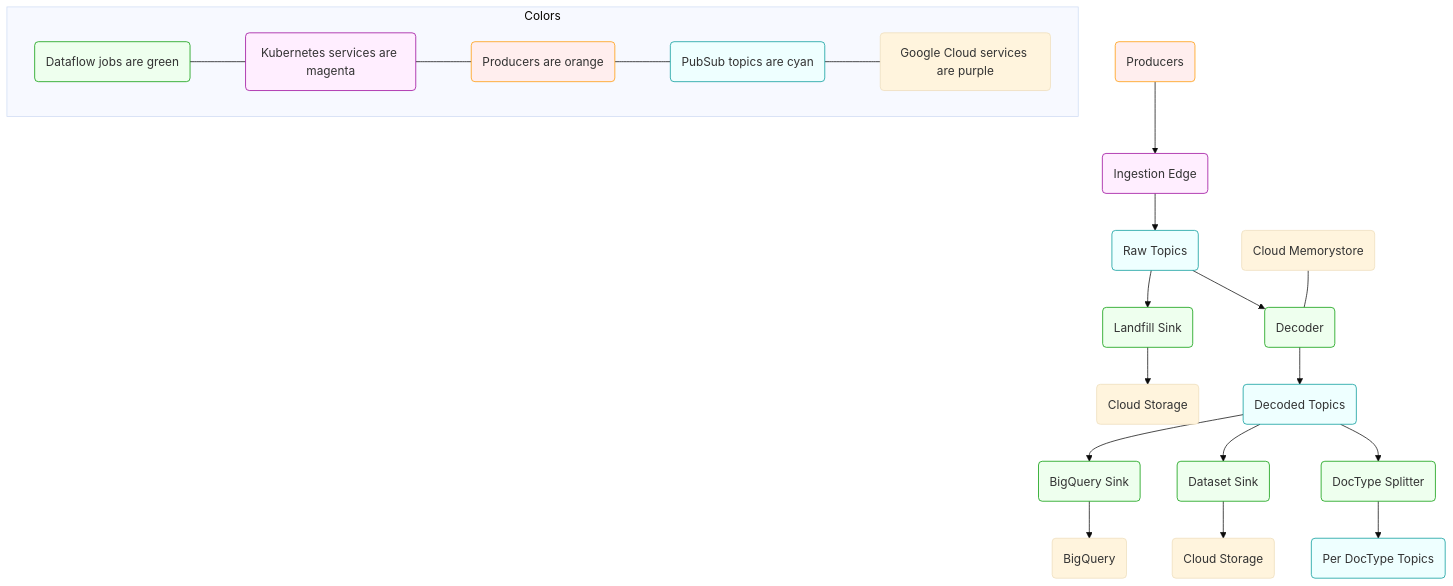
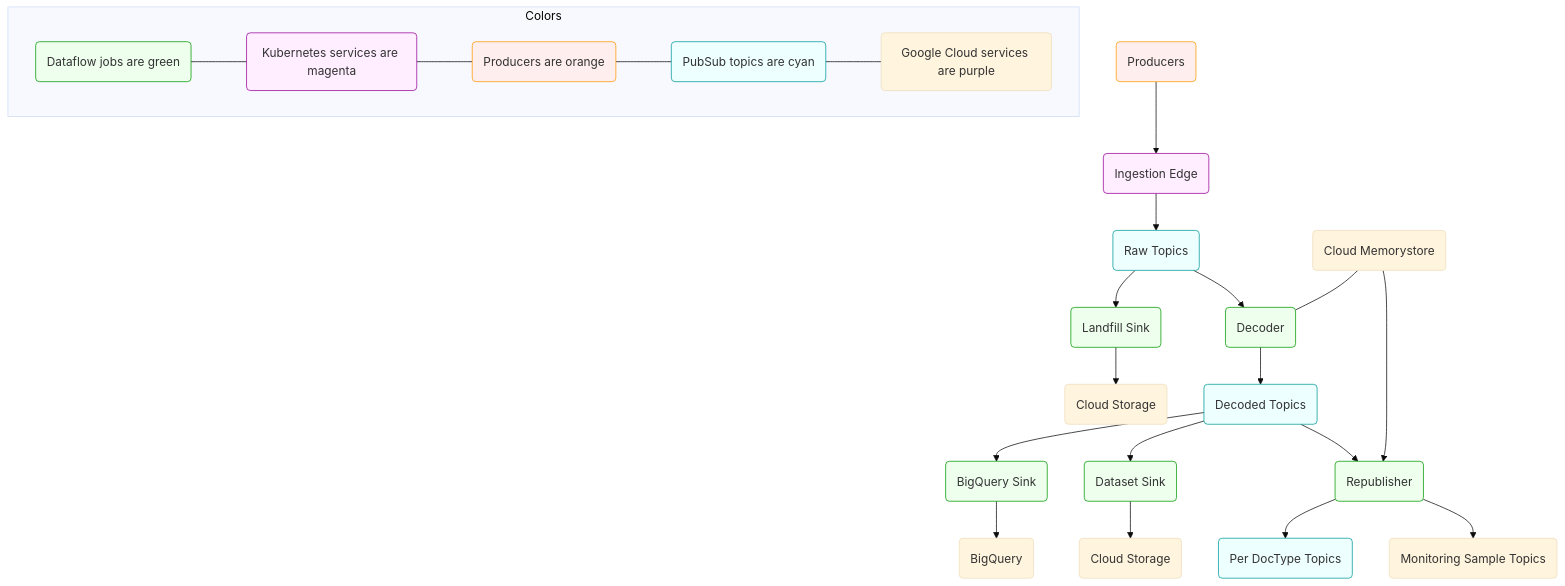
Before and after one commit to mozilla/gcp-ingestion: the diagram in docs/architecture/diagram.mmd, drawn with Mermaid (base theme). The commit also changed 2 other files, not shown here.

Commit message:
Update diagram and include docker wrapper

```diff
--- a/docs/architecture/diagram.mmd
+++ b/docs/architecture/diagram.mmd
@@ -1,43 +1,47 @@
 %% To install the mmdc command run:
 %%   npm install -g mermaid.cli
 %% To update this file run:
 %%   mmdc -i diagram.mmd -o diagram.svg
+%% Or use the docker wrapper in this repo (from the top-level directory):
+%%   ./bin/update-diagrams
 
 graph TD
 
 f1(Producers) --> k1(Ingestion Edge)
 k1 --> p1(Raw Topics)
 p1 --> d1(Landfill Sink)
 d1 --> c1(Cloud Storage)
 p1 --> d2(Decoder)
 m1(Cloud Memorystore) --- d2
 d2 --> p2(Decoded Topics)
 p2 --> d3(BigQuery Sink)
 d3 --> b1(BigQuery)
 p2 --> d4(Dataset Sink)
 d4 --> c2(Cloud Storage)
-p2 --> d5(DocType Splitter)
+p2 --> d5(Republisher)
+m1 --> d5
 d5 --> p5(Per DocType Topics)
+d5 --> p6(Monitoring Sample Topics)
 
 subgraph Colors
     d(Dataflow jobs are green)
     k(Kubernetes services are magenta)
     f(Producers are orange)
     p(PubSub topics are cyan)
     g(Google Cloud services are purple)
 
     %% connect them to make the key vertical
     d --- k
     k --- f
     f --- p
     p --- g
 end
 
 classDef cyan fill:#eff,stroke:#099;
 classDef green fill:#efe,stroke:#090;
 classDef magenta fill:#fef,stroke:#909;
 classDef orange fill:#fee,stroke:#f90;
 class p,p0,p1,p2,p3,p4,p5 cyan
 class d,d0,d1,d2,d3,d4,d5 green
 class k,k0,k1 magenta
 class f,f1 orange
```
